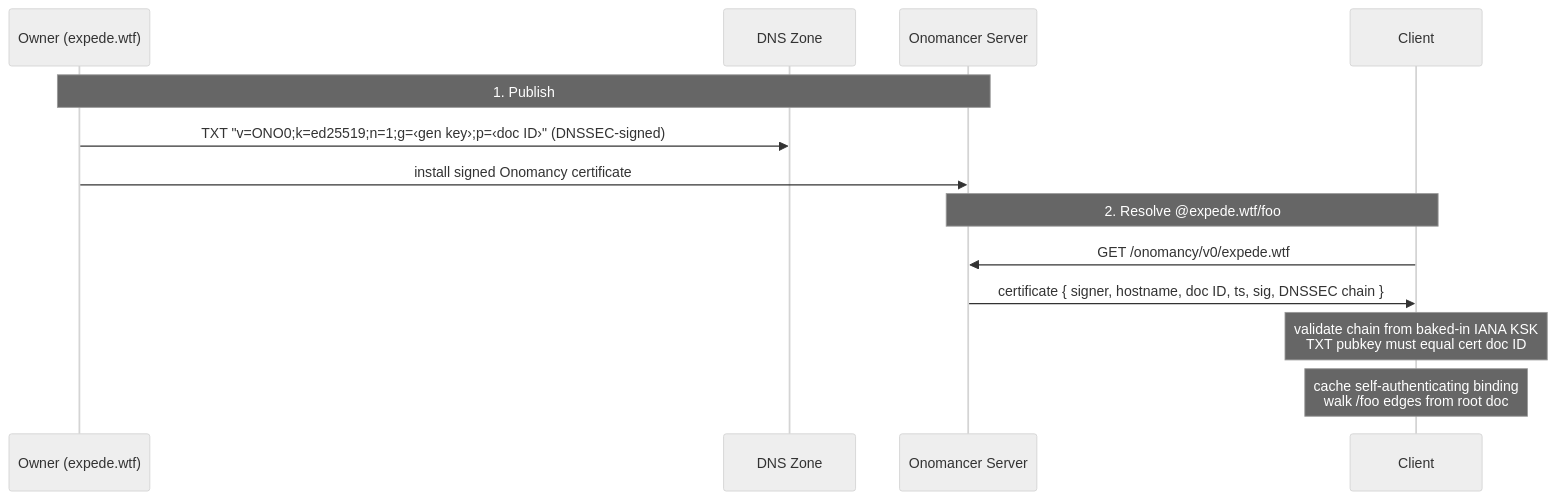
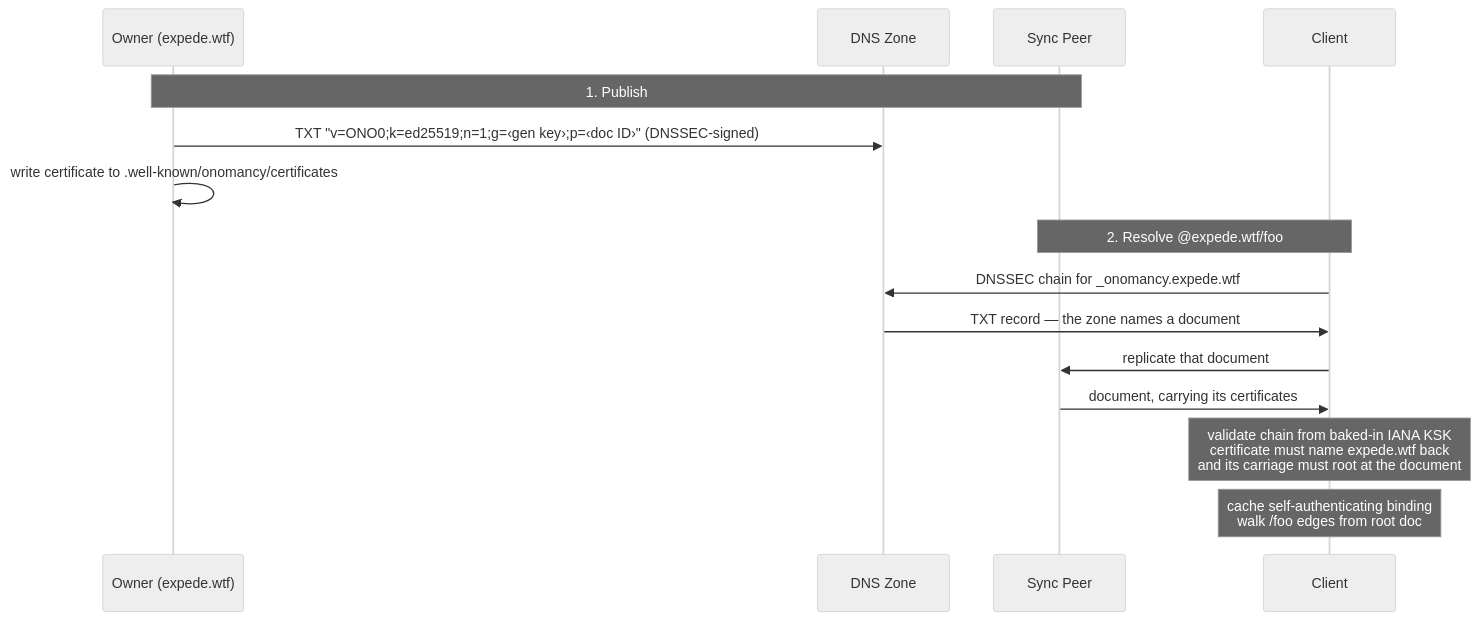
The second of 3 diagrams in design/README.md (inkandswitch/onomancy), drawn with Mermaid (neutral theme) before and after one commit. The commit also changed other lines of this file and 96 other files, not shown here.

````diff
--- a/design/README.md
+++ b/design/README.md
@@ -64,17 +64,19 @@
 ```mermaid
 sequenceDiagram
     participant O as Owner (expede.wtf)
     participant D as DNS Zone
-    participant S as Onomancer Server
+    participant S as Sync Peer
     participant C as Client
 
     Note over O,S: 1. Publish
     O->>D: TXT "v=ONO0#59;k=ed25519#59;n=1#59;g=‹gen key›#59;p=‹doc ID›" (DNSSEC-signed)
-    O->>S: install signed Onomancy certificate
+    O->>O: write certificate to .well-known/onomancy/certificates
 
     Note over C,S: 2. Resolve @expede.wtf/foo
-    C->>S: GET /onomancy/v0/expede.wtf
-    S->>C: certificate { signer, hostname, doc ID, ts, sig, DNSSEC chain }
-    Note over C: validate chain from baked-in IANA KSK<br/>TXT pubkey must equal cert doc ID
+    C->>D: DNSSEC chain for _onomancy.expede.wtf
+    D->>C: TXT record — the zone names a document
+    C->>S: replicate that document
+    S->>C: document, carrying its certificates
+    Note over C: validate chain from baked-in IANA KSK<br/>certificate must name expede.wtf back<br/>and its carriage must root at the document
     Note over C: cache self-authenticating binding<br/>walk /foo edges from root doc
 ```
````
